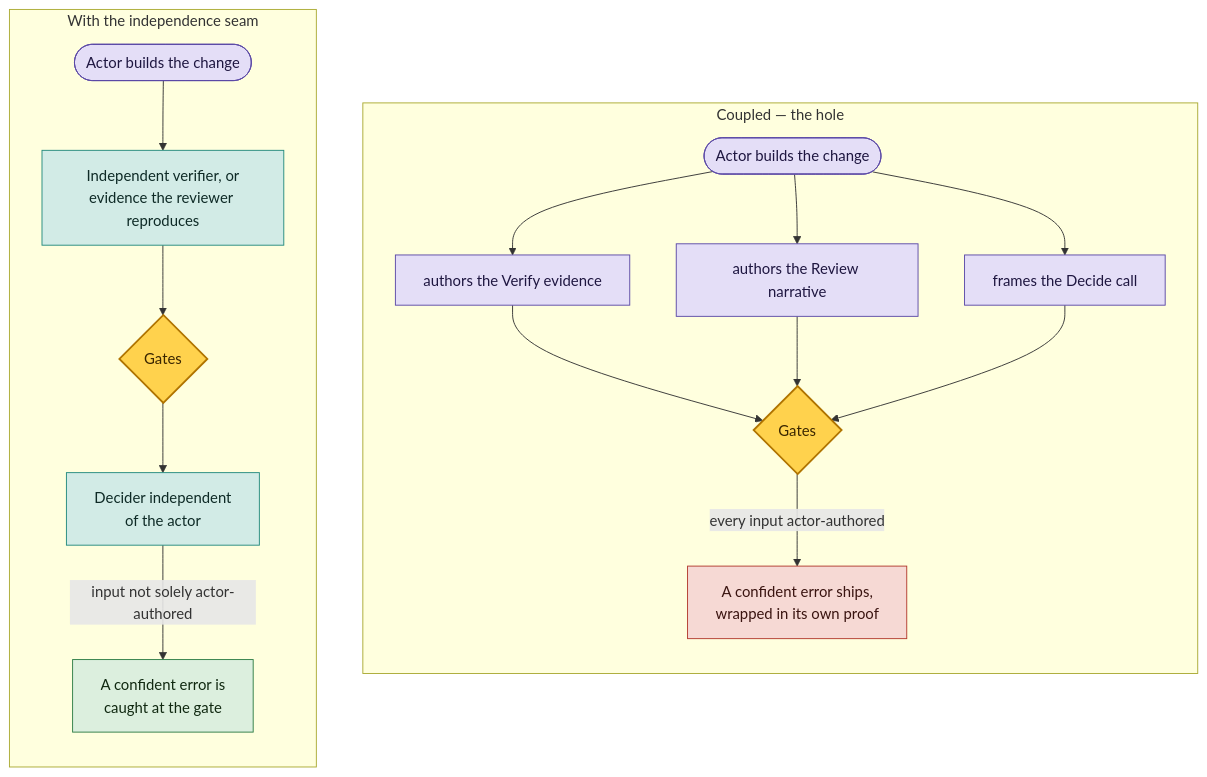
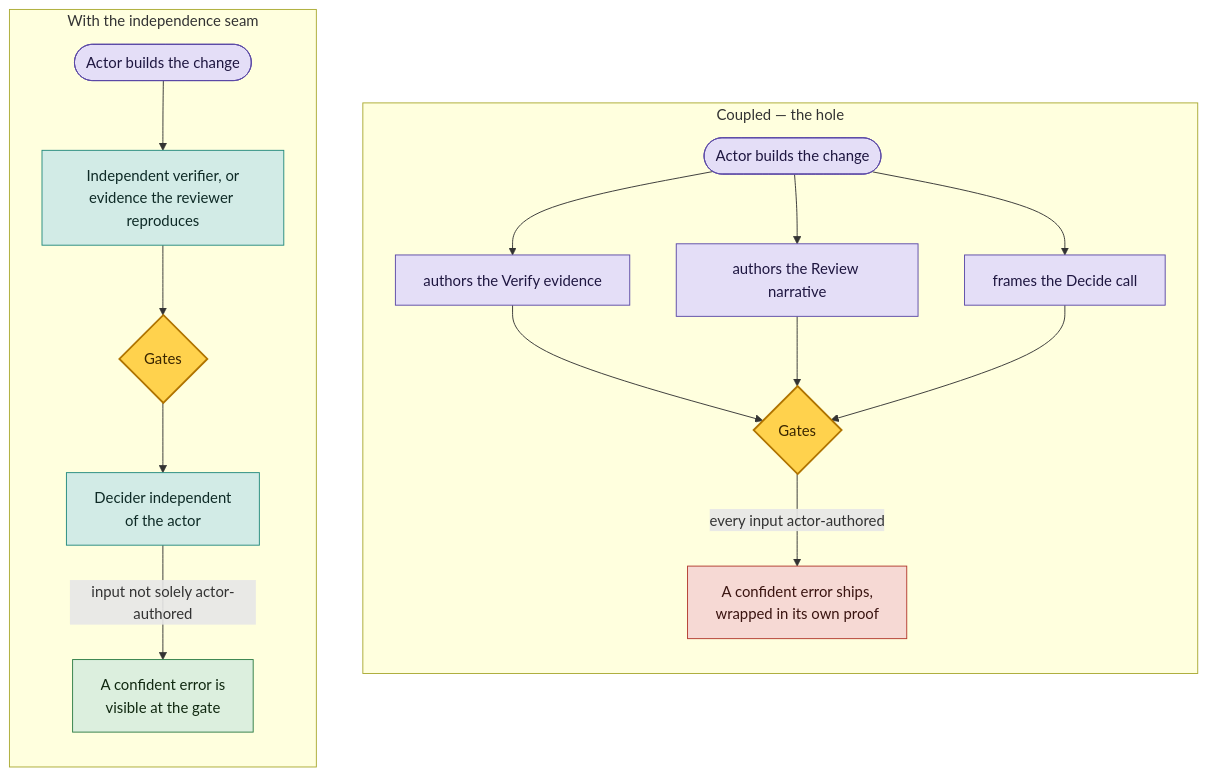
Before and after one commit to FlyFission/nuclear-grade-context-engineering: the ninth of 9 diagrams in docs/diagrams.md, drawn with Mermaid.

Commit message:
Align diagram label with the doctrine's non-guarantee
Codex review on #53: the actor-evidence-independence diagram's success node
said a confident error is "caught at the gate," which reads as guaranteed
detection. The doctrine is explicit that independence is not a guarantee (an
independent verifier can be wrong, a human can rubber-stamp), and the diagram's
own text fallback says "visible at the gate." Changed the node to "visible at
the gate" so the canonical diagram matches the weaker, honest claim.

Claude-Session: https://claude.ai/code/session_011MjhdcV289ijqDeRSVAgGw

````diff
--- a/docs/diagrams.md
+++ b/docs/diagrams.md
@@ -244,30 +244,30 @@
 ```mermaid
 flowchart TB
     classDef actor fill:#E4DEF7,stroke:#5B49A6,color:#1E1640;
     classDef gate fill:#FFD24D,stroke:#B07400,color:#3A2600,stroke-width:2px;
     classDef indep fill:#D2EBE6,stroke:#248A7E,color:#0E2A26;
     classDef bad fill:#F6D9D4,stroke:#B23A2E,color:#3A1410;
     classDef good fill:#DCEFDE,stroke:#2E7D45,color:#102810;
 
     subgraph COUPLED["Coupled — the hole"]
       direction TB
       AC([Actor builds the change]):::actor
       AC --> AE[authors the Verify evidence]:::actor
       AC --> AN[authors the Review narrative]:::actor
       AC --> AD[frames the Decide call]:::actor
       AE --> GC{Gates}:::gate
       AN --> GC
       AD --> GC
       GC -->|every input actor-authored| OUT1[A confident error ships,<br/>wrapped in its own proof]:::bad
     end
 
     subgraph SEAM["With the independence seam"]
       direction TB
       AC2([Actor builds the change]):::actor
       IV[Independent verifier, or<br/>evidence the reviewer reproduces]:::indep
       ID[Decider independent<br/>of the actor]:::indep
       AC2 --> IV --> GS{Gates}:::gate
       GS --> ID
-      ID -->|input not solely actor-authored| OUT2[A confident error is<br/>caught at the gate]:::good
+      ID -->|input not solely actor-authored| OUT2[A confident error is<br/>visible at the gate]:::good
     end
 ```
````
